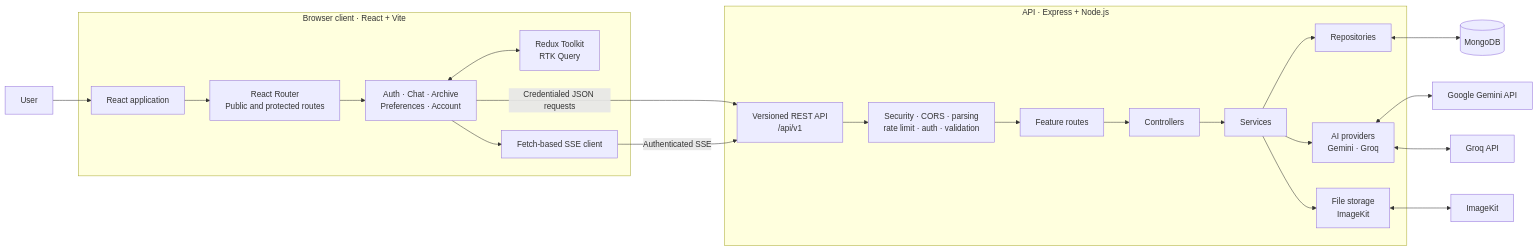
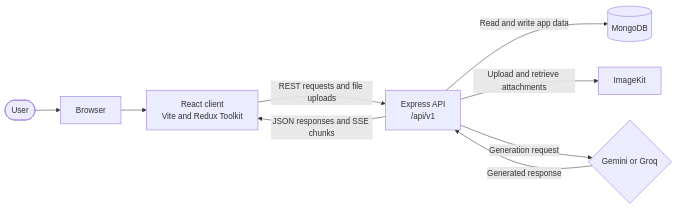
The diagram in README.md (ShivanshPawar/aira-ai), drawn with Mermaid before and after one commit. The commit also changed other lines of this file, not shown here.

````diff
--- a/README.md
+++ b/README.md
@@ -150,37 +99,11 @@
 ```mermaid
 flowchart LR
-	User[User] --> Browser
-
-	subgraph Client["Browser client · React + Vite"]
-		Browser[React application]
-		Router[React Router<br/>Public and protected routes]
-		Pages[Auth · Chat · Archive<br/>Preferences · Account]
-		State[Redux Toolkit<br/>RTK Query]
-		Stream[Fetch-based SSE client]
-		Browser --> Router --> Pages
-		Pages <--> State
-		Pages --> Stream
-	end
-
-	subgraph API["API · Express + Node.js"]
-		Express[Versioned REST API<br/>/api/v1]
-		Middleware[Security · CORS · parsing<br/>rate limit · auth · validation]
-		Routes[Feature routes]
-		Controllers[Controllers]
-		Services[Services]
-		Repositories[Repositories]
-		AI[AI providers<br/>Gemini · Groq]
-		Storage[File storage<br/>ImageKit]
-		Express --> Middleware --> Routes --> Controllers --> Services
-		Services --> Repositories
-		Services --> AI
-		Services --> Storage
-	end
-
-	Pages -->|Credentialed JSON requests| Express
-	Stream -->|Authenticated SSE| Express
-	Repositories <--> Mongo[(MongoDB)]
-	AI <--> Gemini[Google Gemini API]
-	AI <--> Groq[Groq API]
-	Storage <--> ImageKit[ImageKit]
+    user([User]) --> browser[Browser]
+    browser --> client[React client<br/>Vite and Redux Toolkit]
+    client -->|REST requests and file uploads| api[Express API<br/>/api/v1]
+    api -->|JSON responses and SSE chunks| client
+    api -->|Read and write app data| db[(MongoDB)]
+    api -->|Upload and retrieve attachments| storage[ImageKit]
+    api -->|Generation request| providers{Gemini or Groq}
+    providers -->|Generated response| api
 ```
````
